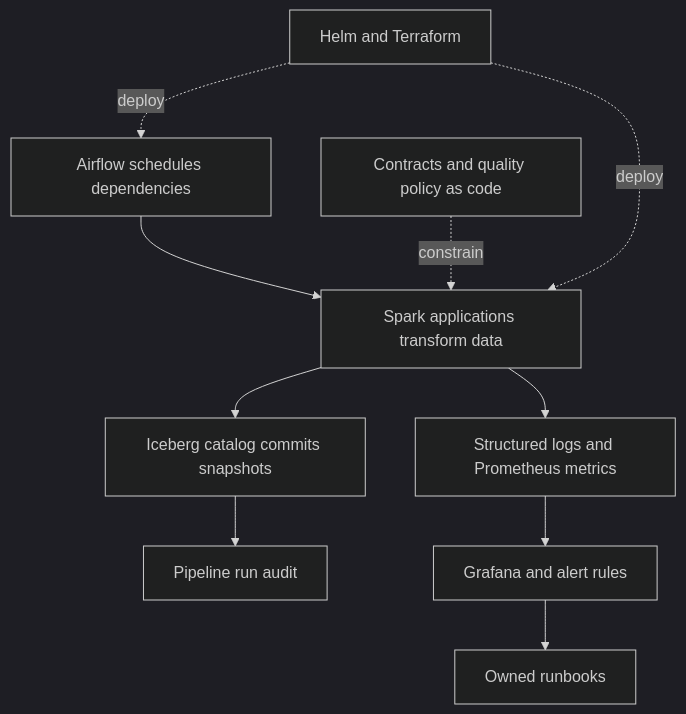
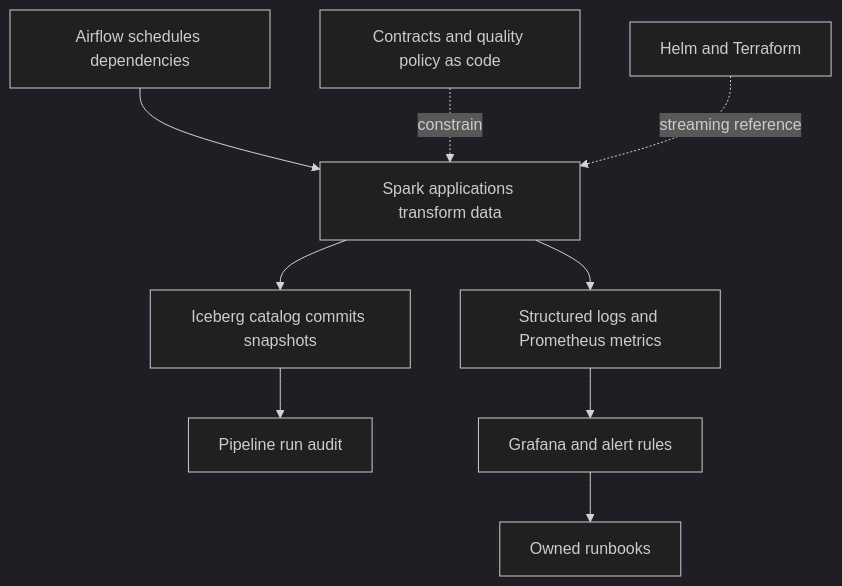
Before and after one commit to acilione/marketplace_lakehouse: the second of 4 diagrams in README.md, drawn with Mermaid (dark theme). The commit also changed other lines of this file and 8 other files, not shown here.

````diff
--- a/README.md
+++ b/README.md
@@ -134,13 +145,12 @@
 ```mermaid
 flowchart TB
     A[Airflow schedules dependencies] --> S[Spark applications transform data]
     S --> I[Iceberg catalog commits snapshots]
     S --> O[Structured logs and Prometheus metrics]
     I --> AU[Pipeline run audit]
     O --> G[Grafana and alert rules]
     G --> RB[Owned runbooks]
 
     C[Contracts and quality policy as code] -. constrain .-> S
-    H[Helm and Terraform] -. deploy .-> A
-    H -. deploy .-> S
+    H[Helm and Terraform] -. streaming reference .-> S
 ```
````
